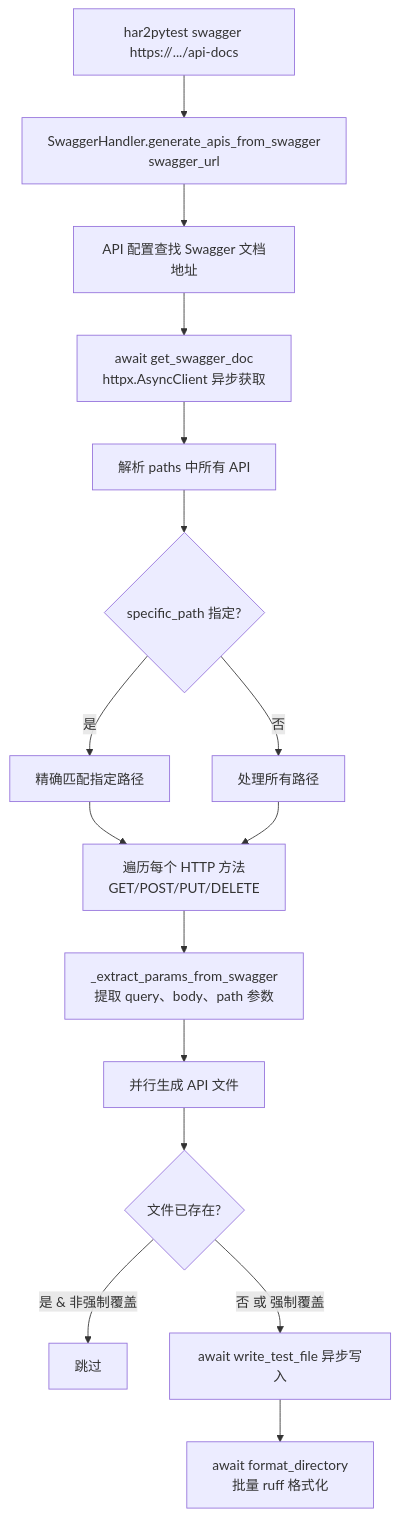
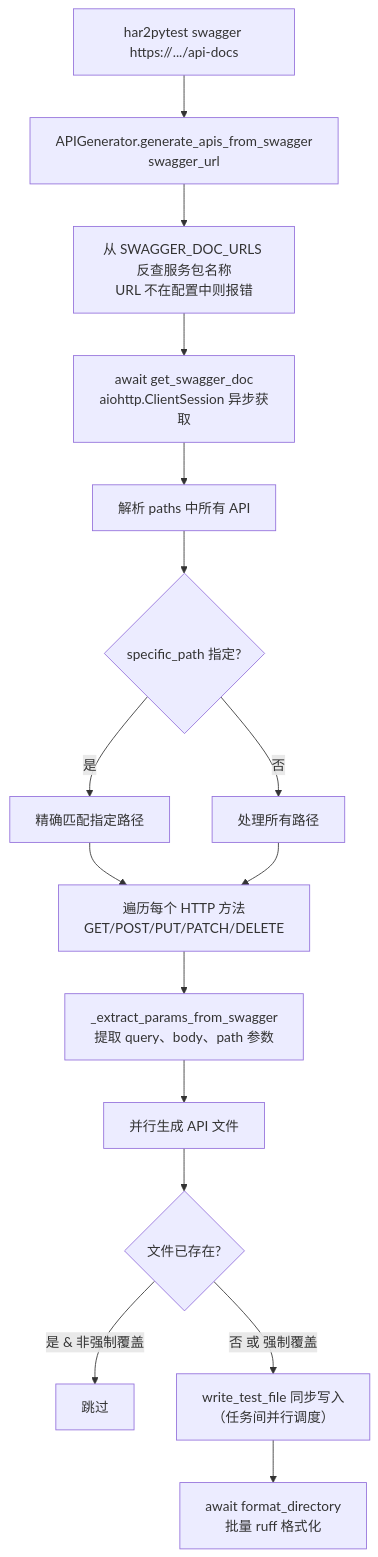
One commit to hewei198711/har2pytest changed the second of 2 diagrams in docs/api_file_generation.md. Above: the diagram before and after it, drawn with Mermaid. The commit also changed other lines of this file and 64 other files, not shown here.

````diff
--- a/docs/api_file_generation.md
+++ b/docs/api_file_generation.md
@@ -240,19 +240,19 @@
 ```mermaid
 flowchart TD
-    A[har2pytest swagger https://.../api-docs] --> B[SwaggerHandler.generate_apis_from_swagger<br/>swagger_url]
-    B --> C[API 配置查找 Swagger 文档地址]
-    C --> D[await get_swagger_doc<br/>httpx.AsyncClient 异步获取]
+    A[har2pytest swagger https://.../api-docs] --> B[APIGenerator.generate_apis_from_swagger<br/>swagger_url]
+    B --> B1[从 SWAGGER_DOC_URLS 反查服务包名称<br/>URL 不在配置中则报错]
+    B1 --> D[await get_swagger_doc<br/>aiohttp.ClientSession 异步获取]
     D --> E[解析 paths 中所有 API]
     E --> F{specific_path 指定?}
     F -->|是| G[精确匹配指定路径]
     F -->|否| H[处理所有路径]
     G --> I
     H --> I
-    I[遍历每个 HTTP 方法<br/>GET/POST/PUT/DELETE]
+    I[遍历每个 HTTP 方法<br/>GET/POST/PUT/PATCH/DELETE]
     I --> K[_extract_params_from_swagger<br/>提取 query、body、path 参数]
     K --> L[并行生成 API 文件]
     L --> M{文件已存在?}
     M -->|是 & 非强制覆盖| N[跳过]
-    M -->|否 或 强制覆盖| O[await write_test_file 异步写入]
+    M -->|否 或 强制覆盖| O[write_test_file 同步写入<br/>（任务间并行调度）]
     O --> P[await format_directory<br/>批量 ruff 格式化]
 ```
````
